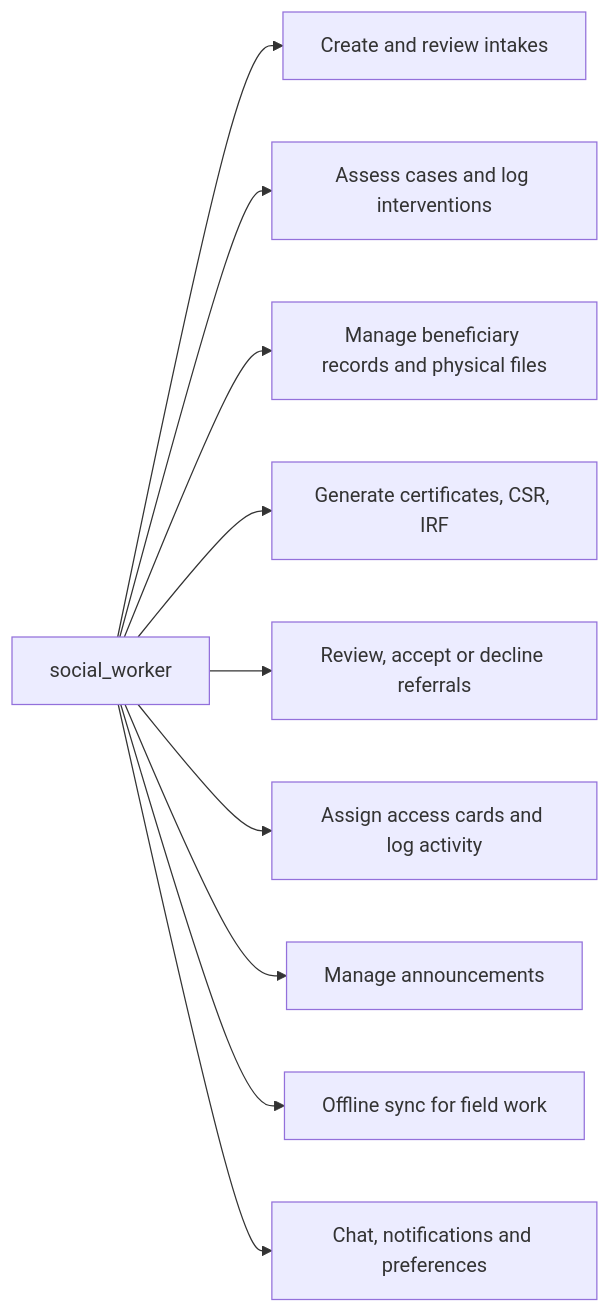
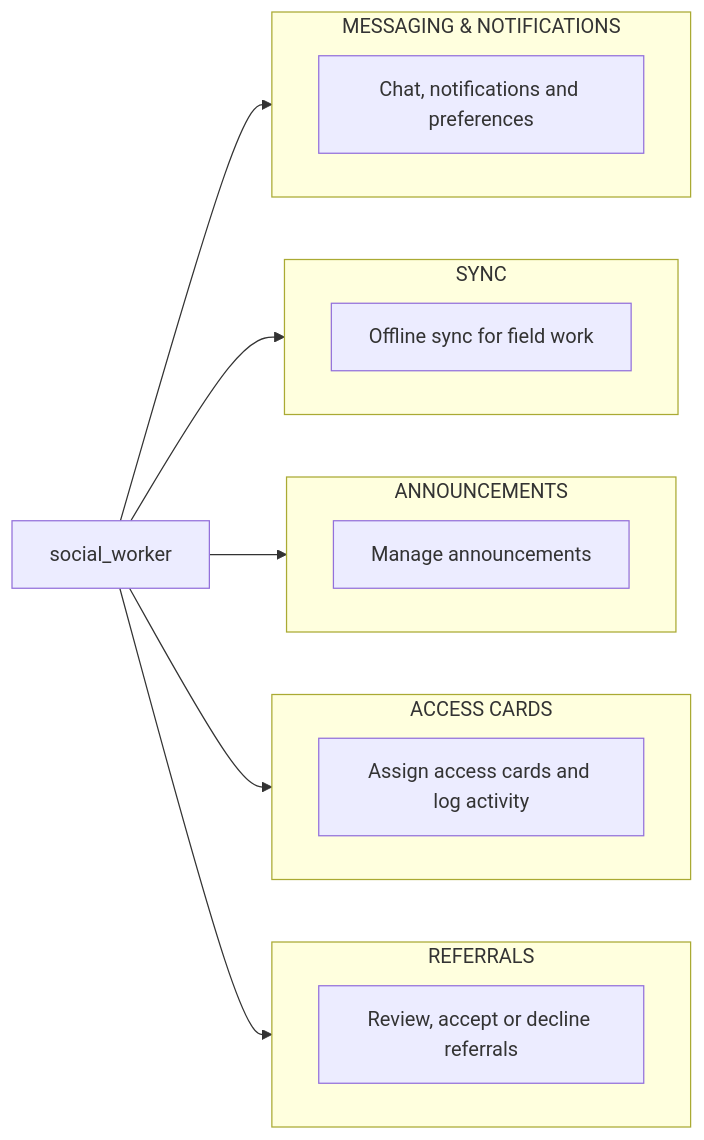
One commit to urlsalimbot/THESIS1-KAPWA changed the fourth of 11 diagrams in docs/diagrams/02-use-case-diagram.md. Above: the diagram before and after it, drawn with Mermaid. The commit also changed other lines of this file, not shown here.

Commit message:
docs: group use cases by category within each per-role diagram

````diff
--- a/docs/diagrams/02-use-case-diagram.md
+++ b/docs/diagrams/02-use-case-diagram.md
@@ -64,13 +138,35 @@
 ```mermaid
 flowchart LR
     SW["social_worker"]
-    SW --> UC1["Create and review intakes"]
-    SW --> UC2["Assess cases and log interventions"]
-    SW --> UC3["Manage beneficiary records and physical files"]
-    SW --> UC4["Generate certificates, CSR, IRF"]
-    SW --> UC5["Review, accept or decline referrals"]
-    SW --> UC6["Assign access cards and log activity"]
-    SW --> UC7["Manage announcements"]
-    SW --> UC8["Offline sync for field work"]
-    SW --> UC9["Chat, notifications and preferences"]
+
+    subgraph Referrals[REFERRALS]
+        direction LR
+        S7["Review, accept or decline referrals"]
+    end
+
+    subgraph AccessCards[ACCESS CARDS]
+        direction LR
+        S8["Assign access cards and log activity"]
+    end
+
+    subgraph Announcements[ANNOUNCEMENTS]
+        direction LR
+        S9["Manage announcements"]
+    end
+
+    subgraph Sync[SYNC]
+        direction LR
+        S10["Offline sync for field work"]
+    end
+
+    subgraph Messaging[MESSAGING & NOTIFICATIONS]
+        direction LR
+        S11["Chat, notifications and preferences"]
+    end
+
+    SW --> S7
+    SW --> S8
+    SW --> S9
+    SW --> S10
+    SW --> S11
 ```
````
